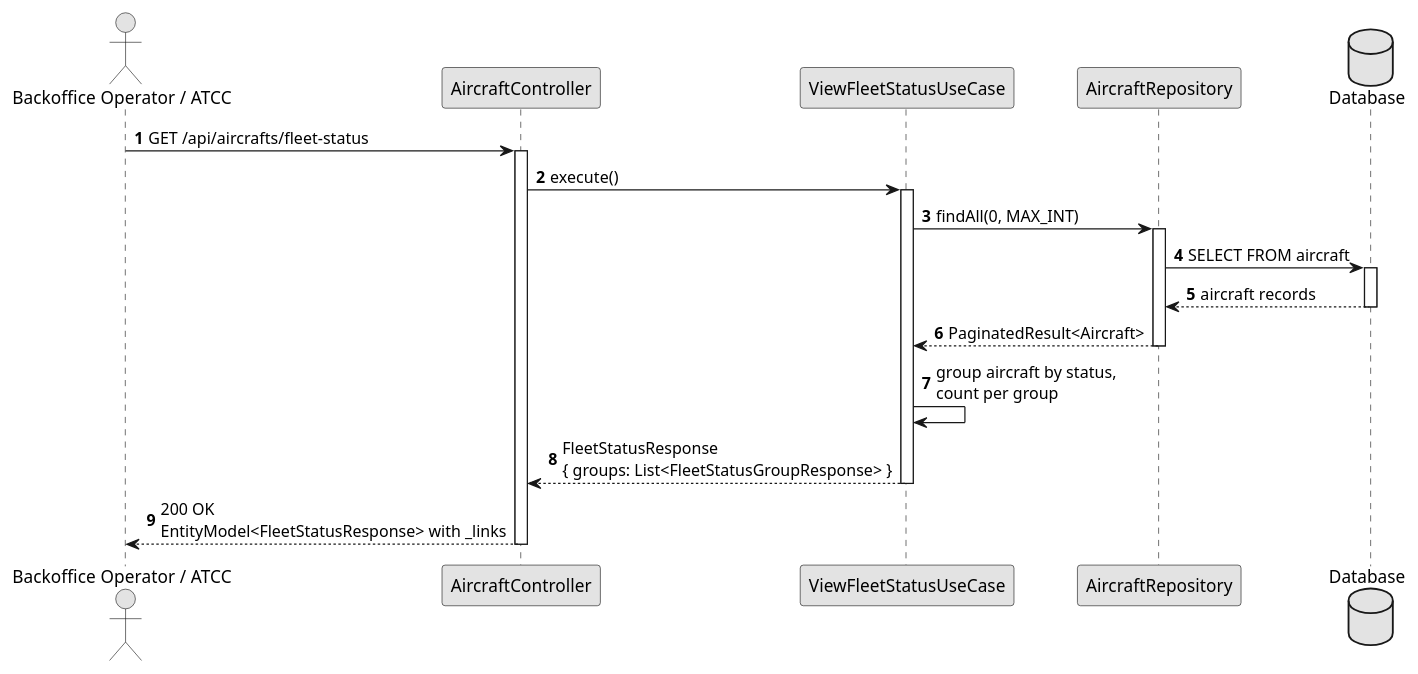
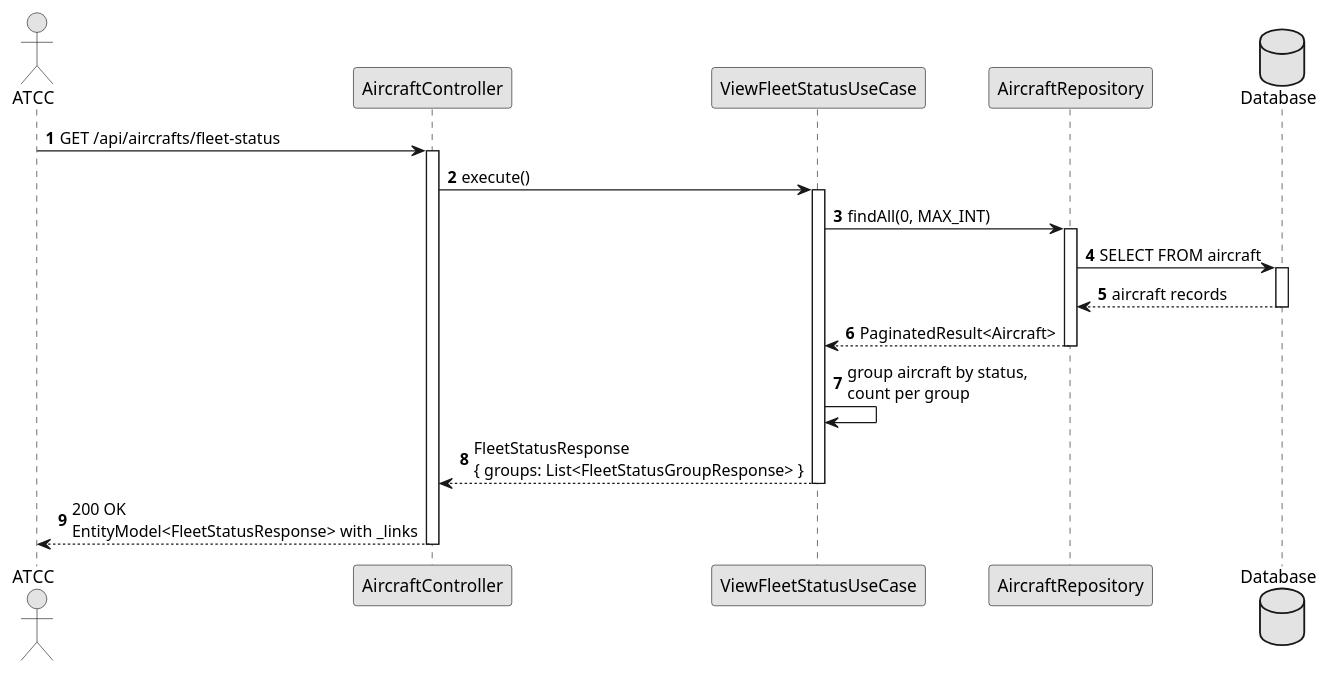
Before and after one commit to VascoMagolo/psoft_1231562_1241692_1242036_2db: the diagram in docs/system-documentation/use-cases/WP1B/US205/puml/sd_us205.puml, drawn with PlantUML. The commit also changed 43 other files, not shown here.

Commit message:
docs: update system documentation and diagrams for WP1B, WP4A and WP4B

```diff
--- a/docs/system-documentation/use-cases/WP1B/US205/puml/sd_us205.puml
+++ b/docs/system-documentation/use-cases/WP1B/US205/puml/sd_us205.puml
@@ -1,36 +1,36 @@
 @startuml sd_us205
 autonumber
 skinparam monochrome true
 skinparam packageStyle rect
 skinparam shadowing false
 
-actor "Backoffice Operator / ATCC" as Actor
+actor "ATCC" as Actor
 participant "AircraftController" as Ctrl
 participant "ViewFleetStatusUseCase" as UC
 participant "AircraftRepository" as Repo
 database "Database" as DB
 
 Actor -> Ctrl : GET /api/aircrafts/fleet-status
 activate Ctrl
 
 Ctrl -> UC : execute()
 activate UC
 
 UC -> Repo : findAll(0, MAX_INT)
 activate Repo
 Repo -> DB : SELECT FROM aircraft
 activate DB
 DB --> Repo : aircraft records
 deactivate DB
 Repo --> UC : PaginatedResult<Aircraft>
 deactivate Repo
 
 UC -> UC : group aircraft by status,\ncount per group
 
 UC --> Ctrl : FleetStatusResponse\n{ groups: List<FleetStatusGroupResponse> }
 deactivate UC
 
 Ctrl --> Actor : 200 OK\nEntityModel<FleetStatusResponse> with _links
 deactivate Ctrl
 
 @enduml
```
